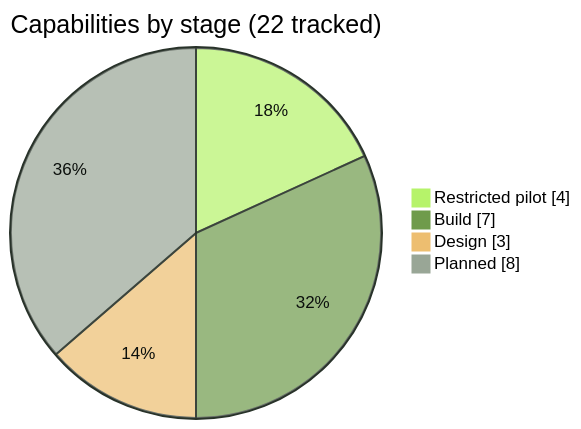
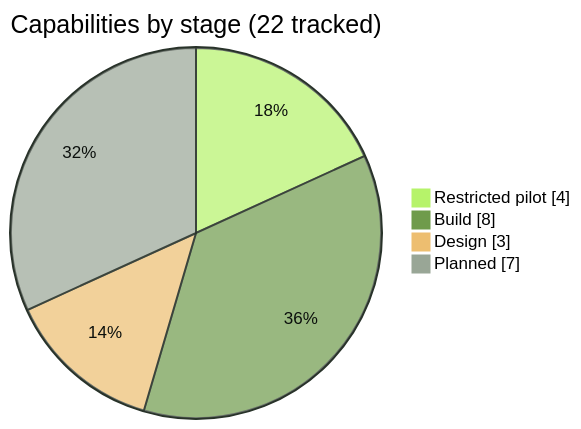
One commit to pboachie/zrotext changed the first of 4 diagrams in docs/ROADMAP.md. Above: the diagram before and after it, drawn with Mermaid. The commit also changed other lines of this file and 8 other files, not shown here.

````diff
--- a/docs/ROADMAP.md
+++ b/docs/ROADMAP.md
@@ -42,9 +42,9 @@
 ```mermaid
 %%{init: {"themeVariables": {"pie1": "#b6f36a", "pie2": "#6f9b4b", "pie3": "#edbe70", "pie4": "#99a696", "pieSectionTextColor": "#0b0f0c", "pieStrokeColor": "#29332a", "pieOuterStrokeColor": "#29332a"}}}%%
 pie showData
     title Capabilities by stage (22 tracked)
     "Restricted pilot" : 4
-    "Build" : 7
+    "Build" : 8
     "Design" : 3
-    "Planned" : 8
+    "Planned" : 7
 ```
````
